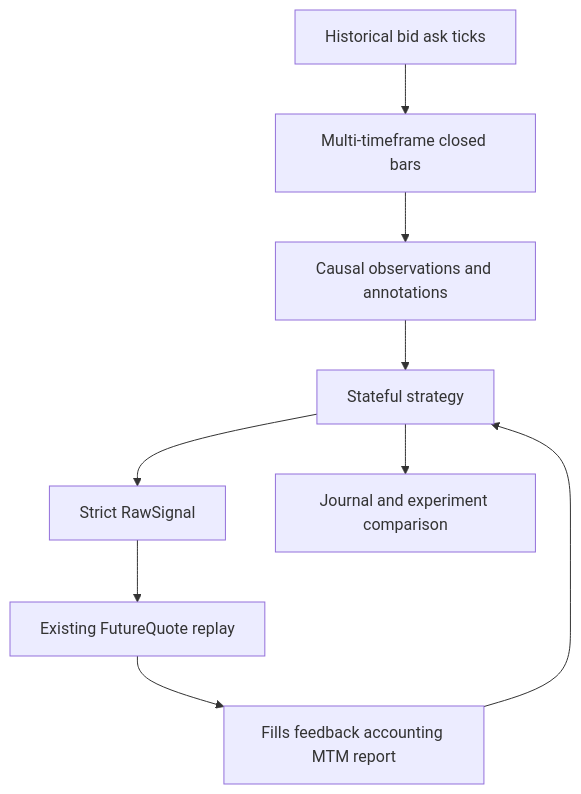
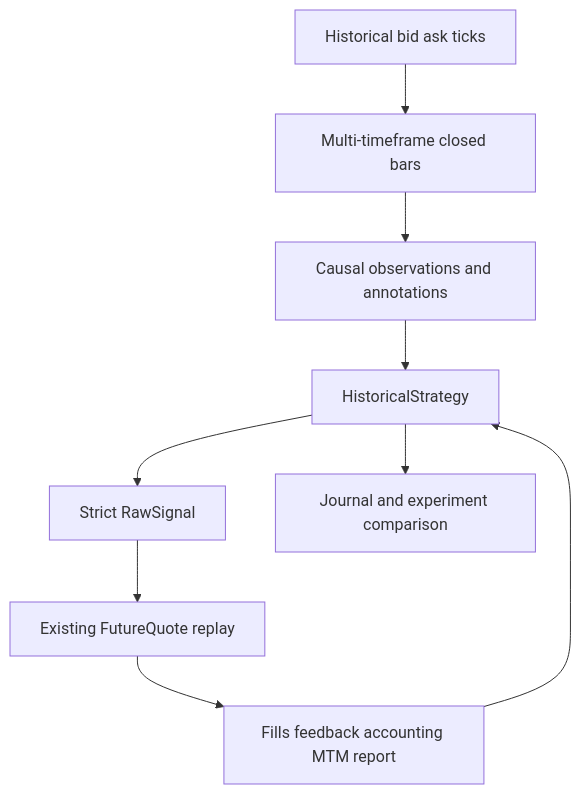
One commit to geminik23/quant-system changed the first of 2 diagrams in docs/roadmap.md. Above: the diagram before and after it, drawn with Mermaid. The commit also changed other lines of this file and 13 other files, not shown here.

````diff
--- a/docs/roadmap.md
+++ b/docs/roadmap.md
@@ -9,20 +9,20 @@
 ```mermaid
 flowchart TD
     A[Historical bid ask ticks]
     B[Multi-timeframe closed bars]
     C[Causal observations and annotations]
-    D[Stateful strategy]
+    D[HistoricalStrategy]
     E[Strict RawSignal]
     F[Existing FutureQuote replay]
     G[Fills feedback accounting MTM report]
     H[Journal and experiment comparison]
 
     A --> B
     B --> C
     C --> D
     D --> E
     E --> F
     F --> G
     G --> D
     D --> H
 ```
````
